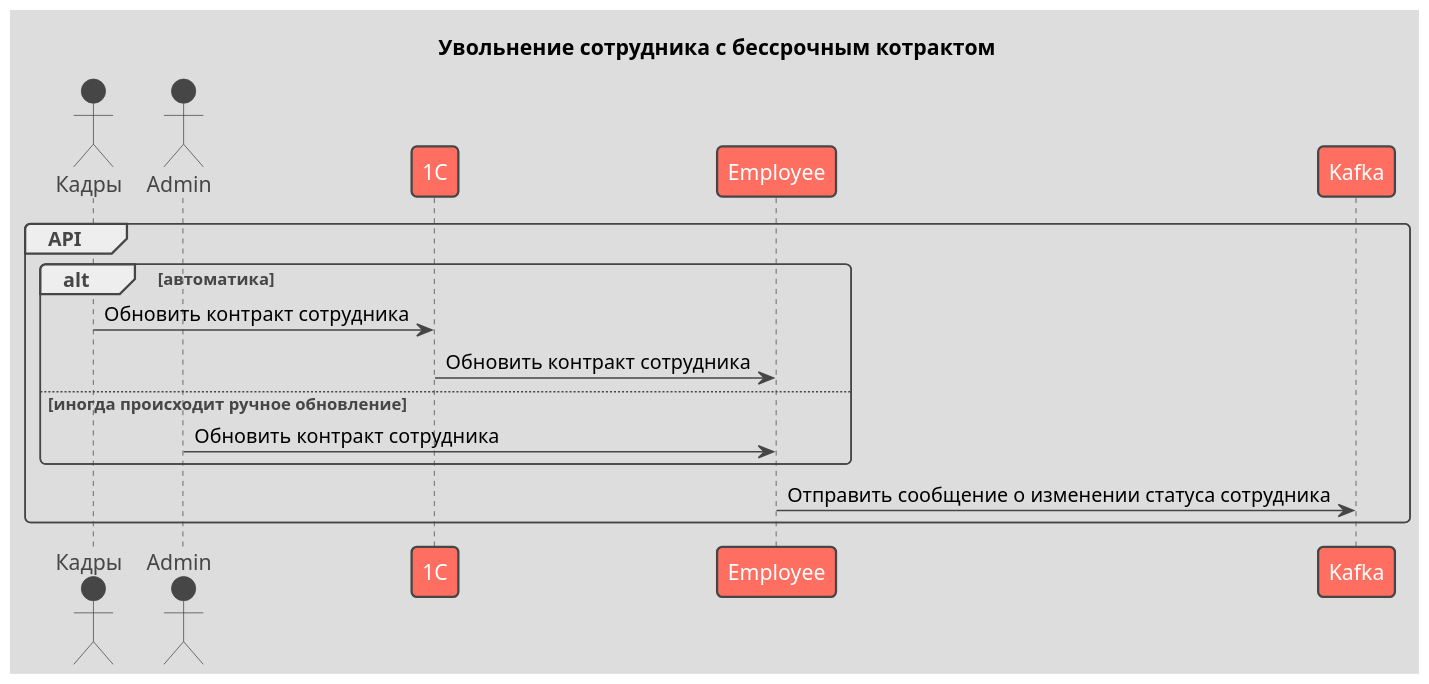
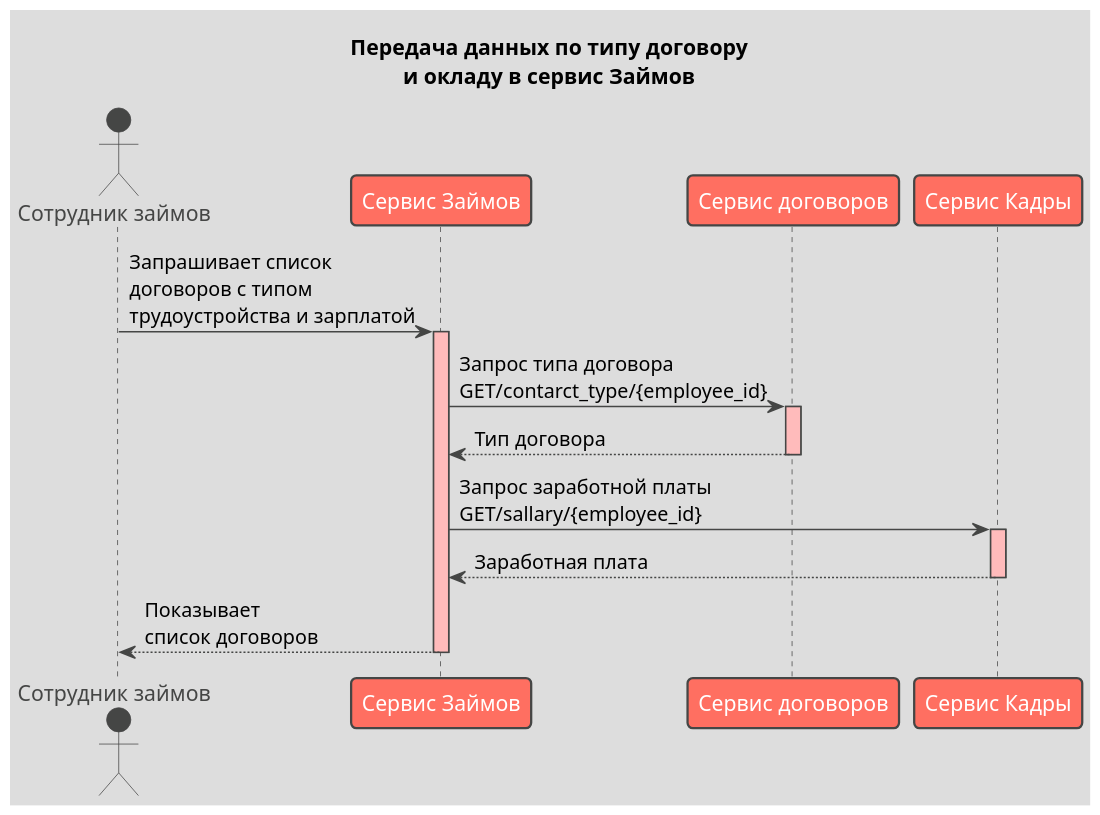
The diagram in flow.puml (InfectedRat/Test-Documentation-), drawn with PlantUML before and after one commit.

```diff
--- a/flow.puml
+++ b/flow.puml
@@ -1,24 +1,28 @@
 @startuml
 !theme toy
 scale 1.5
 
-actor "Кадры" as kadry
-actor "Admin" as admin
-participant "1C" as 1c
-participant "Employee" as hr
-participant "Kafka" as kafka
+title Передача данных по типу договору\nи окладу в сервис Займов
 
-title Увольнение сотрудника с бессрочным котрактом
-group  API
-        alt автоматика
-                kadry -> 1c: Обновить контракт сотрудника
-                1c -> hr: Обновить контракт сотрудника
-        else иногда происходит ручное обновление
-                admin -> hr: Обновить контракт сотрудника
-        end
+actor "Сотрудник займов" as sotrzaym 
+participant "Сервис Займов" as szaym
+participant "Сервис договоров" as sdogovor
+participant "Сервис Кадры" as skadry
 
-        hr -> kafka: Отправить сообщение о изменении статуса сотрудника
-end
+sotrzaym -> szaym: Запрашивает список\nдоговоров с типом\nтрудоустройства и зарплатой
+activate szaym #FFBBBB
 
+szaym -> sdogovor: Запрос типа договора\nGET/contarct_type/{employee_id}
+activate sdogovor #FFBBBB
+sdogovor --> szaym: Тип договора
+deactivate sdogovor #FFBBBB
+
+szaym -> skadry: Запрос заработной платы\nGET/sallary/{employee_id}
+activate skadry #FFBBBB
+skadry --> szaym: Заработная плата
+deactivate skadry #FFBBBB
+
+szaym --> sotrzaym: Показывает\nсписок договоров
+deactivate szaym
 
 @enduml
```
